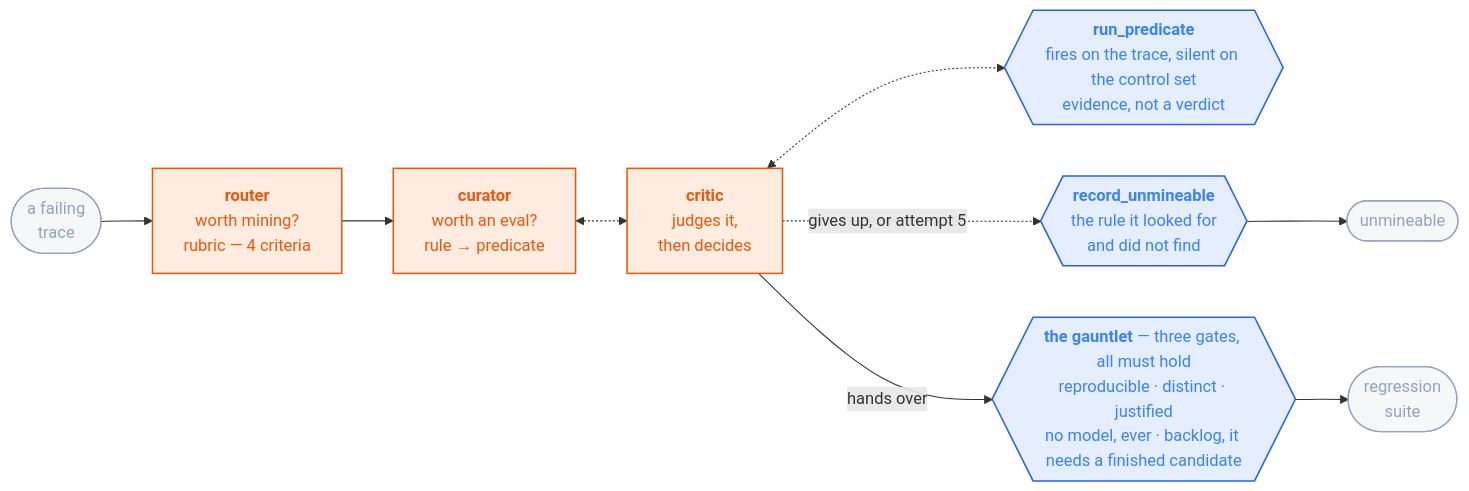
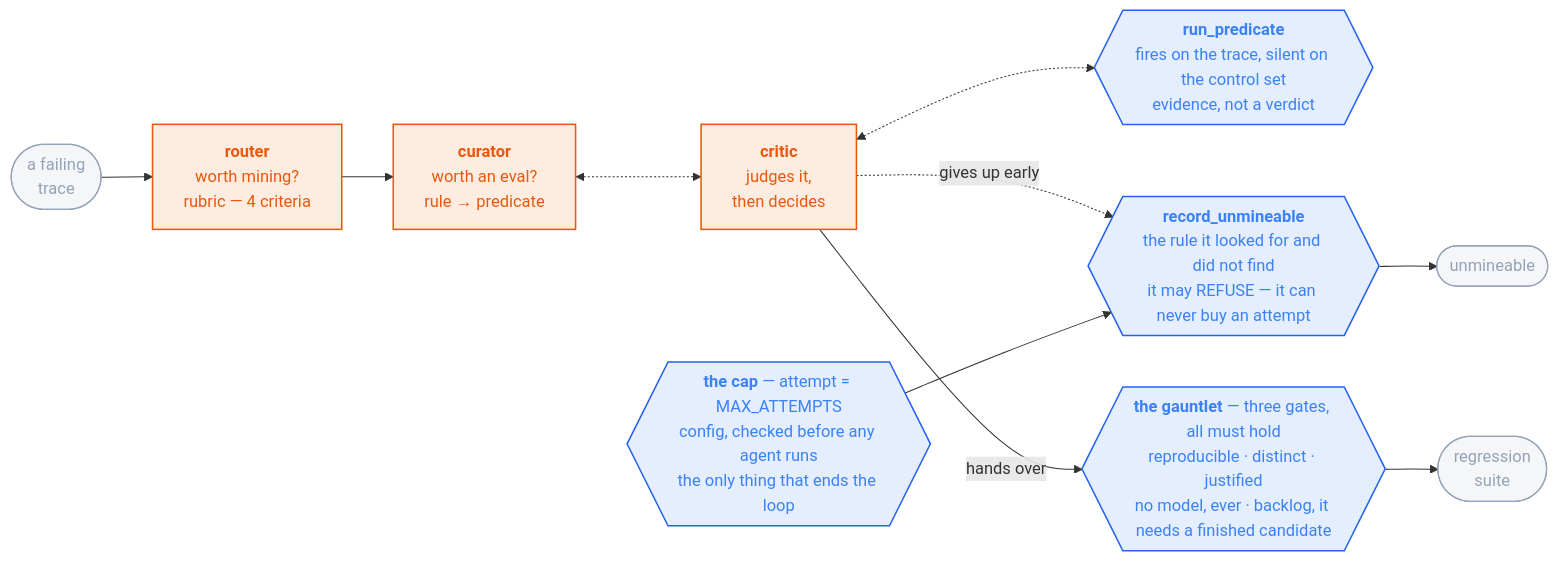
Before and after one commit to sandeepyadav1478/touchstone: the diagram in README.md, drawn with Mermaid. The commit also changed other lines of this file and 5 other files, not shown here.

First line of the commit message:
D-090: the cap is config, the tool can refuse, neither one ends the loop

````diff
--- a/README.md
+++ b/README.md
@@ -80,18 +80,19 @@
 ```mermaid
 flowchart LR
   T(["a failing<br/>trace"]) --> R["<b>router</b><br/>worth mining?<br/>rubric — 4 criteria"]
   R --> CU["<b>curator</b><br/>worth an eval?<br/>rule → predicate"]
   CU <-.-> CR["<b>critic</b><br/>judges it,<br/>then decides"]
   CR <-.-> RP{{"<b>run_predicate</b><br/>fires on the trace, silent on the control set<br/>evidence, not a verdict"}}
-  CR -.->|"gives up, or attempt 5"| RU{{"<b>record_unmineable</b><br/>the rule it looked for<br/>and did not find"}}
+  CR -.->|"gives up early"| RU{{"<b>record_unmineable</b><br/>the rule it looked for and did not find<br/>it may REFUSE — it can never buy an attempt"}}
+  CAP{{"<b>the cap</b> — attempt = MAX_ATTEMPTS<br/>config, checked before any agent runs<br/>the only thing that ends the loop"}} --> RU
   RU --> U(["unmineable"])
   CR -->|"hands over"| AD{{"<b>the gauntlet</b> — three gates, all must hold<br/>reproducible · distinct · justified<br/>no model, ever · backlog, it needs a finished candidate"}}
   AD --> S(["regression<br/>suite"])
 
   classDef m fill:#f9731622,stroke:#ea580c,stroke-width:1.5px,color:#ea580c
   classDef d fill:#3b82f622,stroke:#2563eb,stroke-width:1.5px,color:#3b82f6
   classDef io fill:#94a3b81a,stroke:#94a3b8,stroke-width:1.2px,color:#94a3b8
   class R,CU,CR m
-  class RP,RU,AD d
+  class RP,RU,CAP,AD d
   class T,S,U io
 ```
````
